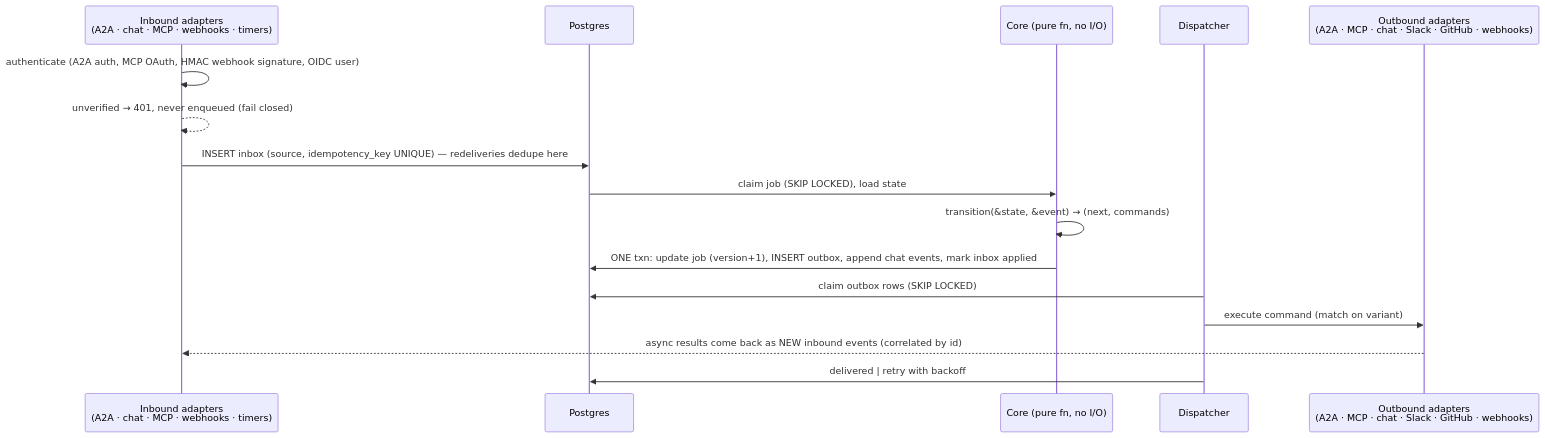
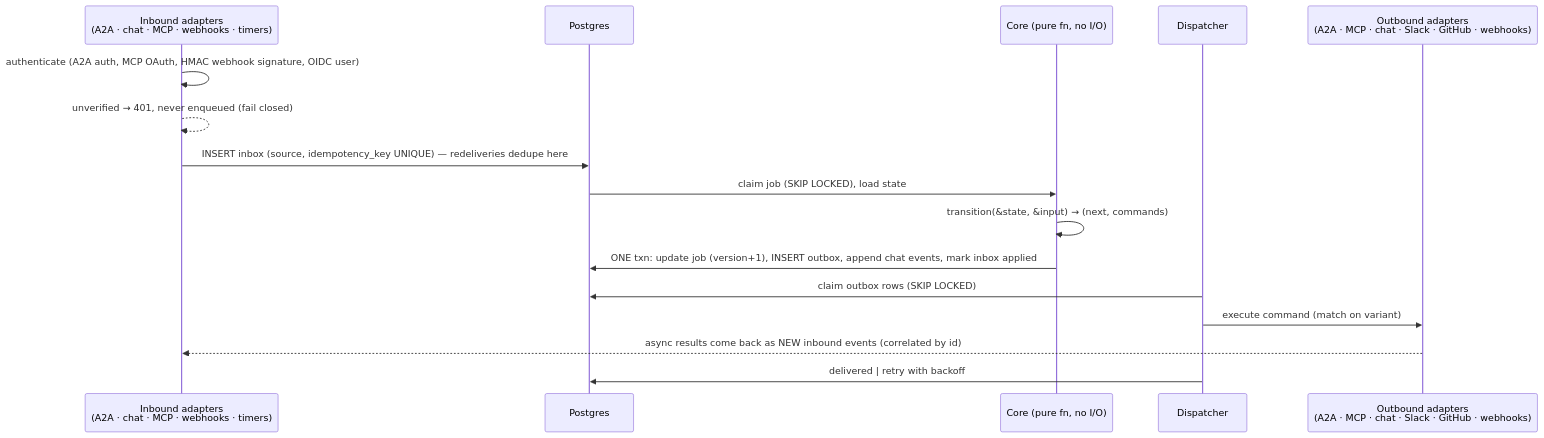
One commit to vymalo/another-agentic-system changed the second of 4 diagrams in docs/orchestrator.md. Above: the diagram before and after it, drawn with Mermaid. The commit also changed other lines of this file and 6 other files, not shown here.

First line of the commit message:
docs: as-built architecture and crate map with Mermaid diagrams (#27)

````diff
--- a/docs/orchestrator.md
+++ b/docs/orchestrator.md
@@ -42,18 +179,18 @@
 ```mermaid
 sequenceDiagram
   participant In as Inbound adapters<br/>(A2A · chat · MCP · webhooks · timers)
   participant DB as Postgres
   participant C as Core (pure fn, no I/O)
   participant D as Dispatcher
   participant Out as Outbound adapters<br/>(A2A · MCP · chat · Slack · GitHub · webhooks)
   In->>In: authenticate (A2A auth, MCP OAuth, HMAC webhook signature, OIDC user)
   In-->>In: unverified → 401, never enqueued (fail closed)
   In->>DB: INSERT inbox (source, idempotency_key UNIQUE) — redeliveries dedupe here
   DB->>C: claim job (SKIP LOCKED), load state
-  C->>C: transition(&state, &event) → (next, commands)
+  C->>C: transition(&state, &input) → (next, commands)
   C->>DB: ONE txn: update job (version+1), INSERT outbox, append chat events, mark inbox applied
   D->>DB: claim outbox rows (SKIP LOCKED)
   D->>Out: execute command (match on variant)
   Out-->>In: async results come back as NEW inbound events (correlated by id)
   D->>DB: delivered | retry with backoff
 ```
````
